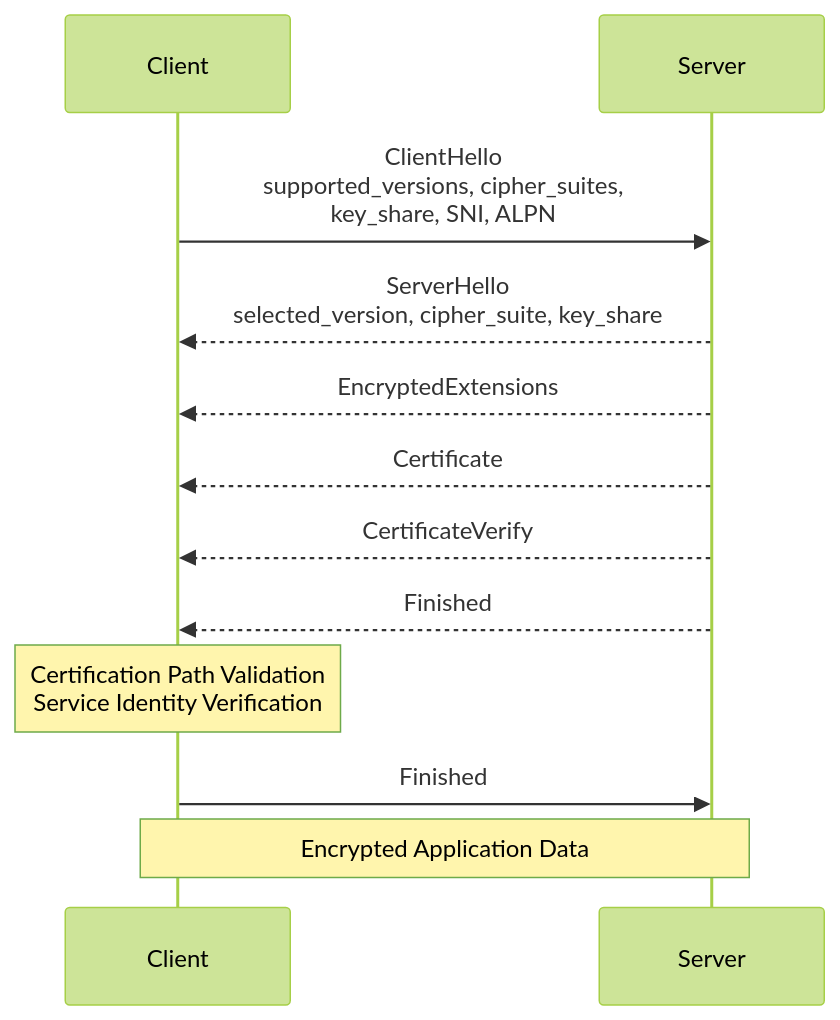
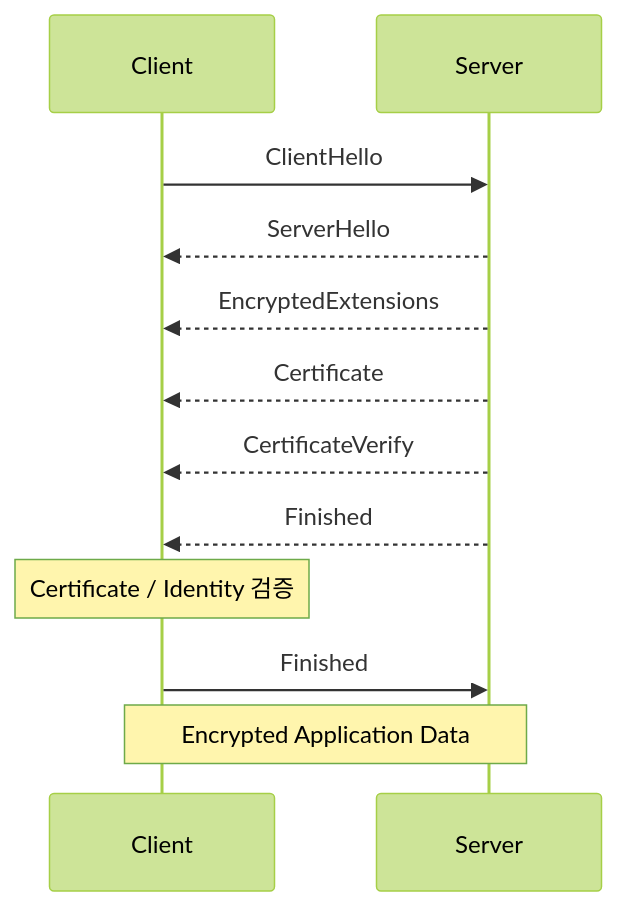
Before and after one commit to yelm-212/yelm-quartz: the second of 2 diagrams in content/03_Resource/04_network/05_dns_https_proxy_lb.md, drawn with Mermaid (forest theme). The commit also changed other lines of this file, not shown here.

````diff
--- a/content/03_Resource/04_network/05_dns_https_proxy_lb.md
+++ b/content/03_Resource/04_network/05_dns_https_proxy_lb.md
@@ -427,15 +376,15 @@
 ```mermaid
 sequenceDiagram
     participant C as Client
     participant S as Server
 
-    C->>S: ClientHello<br/>supported_versions, cipher_suites,<br/>key_share, SNI, ALPN
-    S-->>C: ServerHello<br/>selected_version, cipher_suite, key_share
+    C->>S: ClientHello
+    S-->>C: ServerHello
     S-->>C: EncryptedExtensions
     S-->>C: Certificate
     S-->>C: CertificateVerify
     S-->>C: Finished
-    Note over C: Certification Path Validation<br/>Service Identity Verification
+    Note over C: Certificate / Identity 검증
     C->>S: Finished
     Note over C,S: Encrypted Application Data
 ```
````
